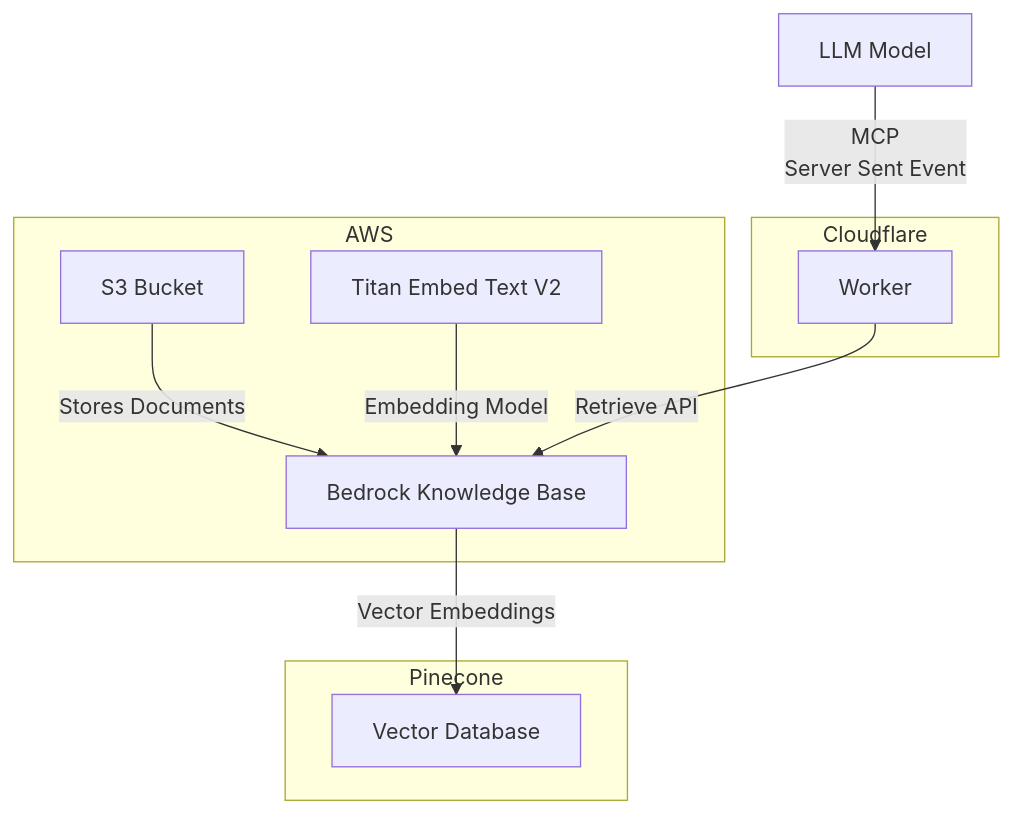
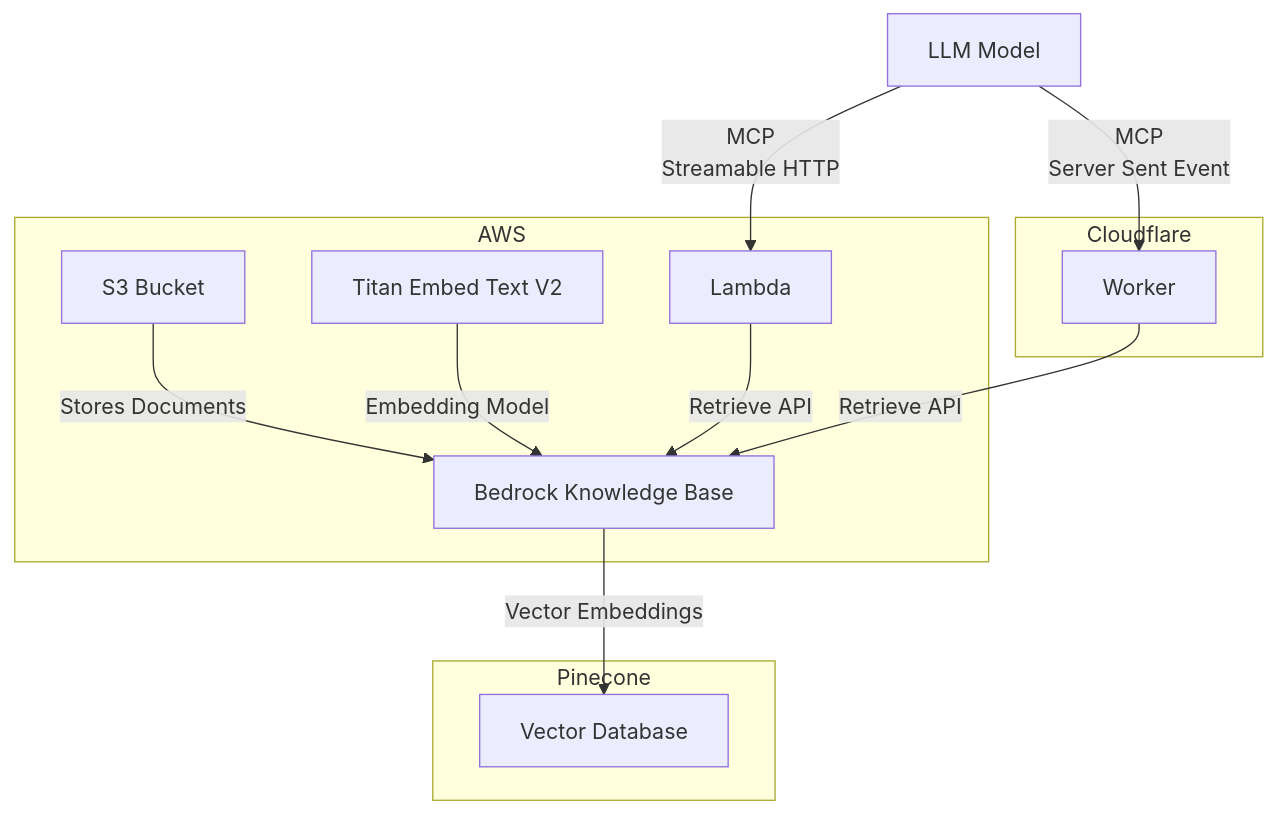
The diagram in README.md (daohoangson/aws-knowledge-base-mcp-server), drawn with Mermaid before and after one commit. The commit also changed other lines of this file, not shown here.

````diff
--- a/README.md
+++ b/README.md
@@ -60,17 +61,19 @@
 ```mermaid
 graph TD
   subgraph AWS
     S3[S3 Bucket] -->|Stores Documents| KnowledgeBase
     TitanModel[Titan Embed Text V2] -->|Embedding Model| KnowledgeBase
+    Lambda -->|Retrieve API| KnowledgeBase
   end
 
   subgraph Pinecone
     KnowledgeBase[Bedrock Knowledge Base] -->|Vector Embeddings| PineconeDb[Vector Database]
   end
 
   subgraph Cloudflare
     Worker -->|Retrieve API| KnowledgeBase
   end
 
   LLM[LLM Model] -->|MCP<br />Server Sent Event| Worker
+  LLM -->|MCP<br />Streamable HTTP| Lambda
 ```
````
